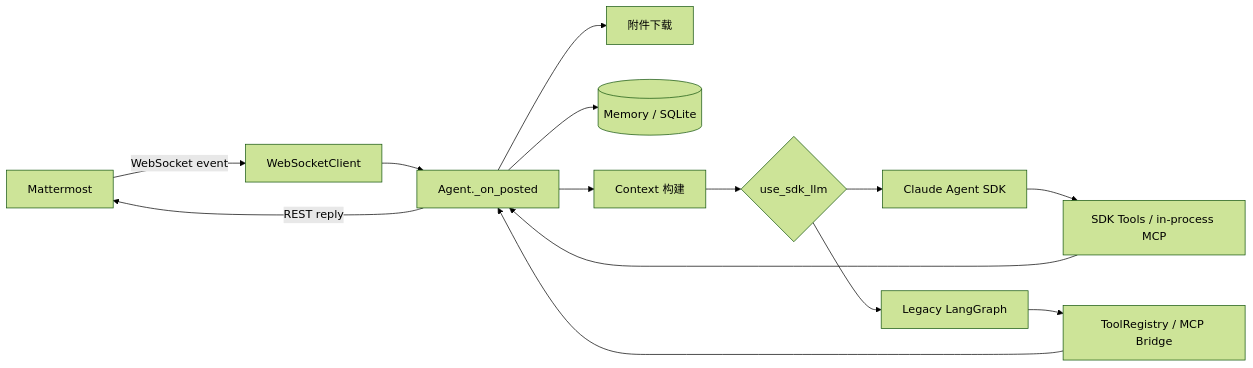
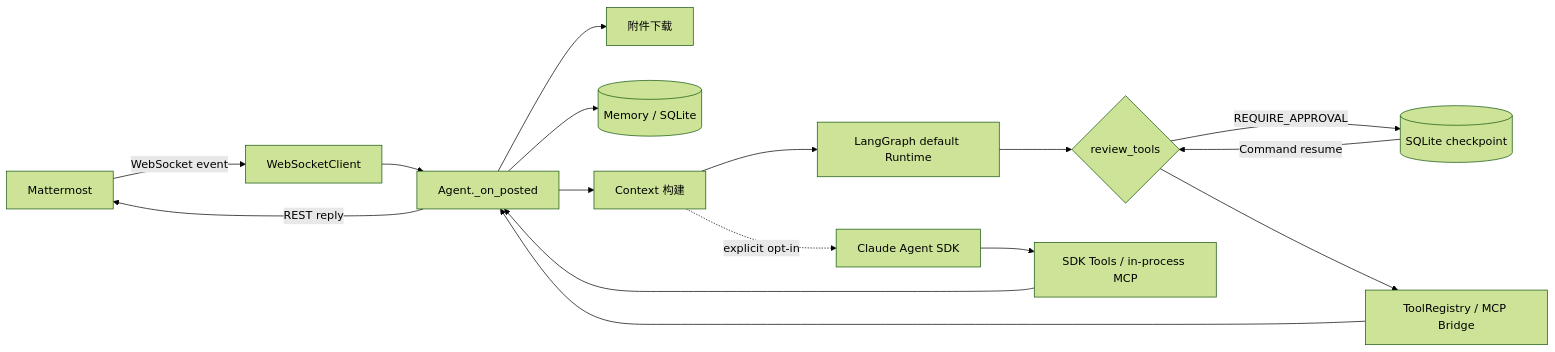
The first of 3 diagrams in docs/AI_NATIVE_REFACTORING.md (gqy20/mmag), drawn with Mermaid (forest theme) before and after one commit. The commit also changed other lines of this file and 32 other files, not shown here.

Commit message:
feat: make LangGraph the durable default runtime

````diff
--- a/docs/AI_NATIVE_REFACTORING.md
+++ b/docs/AI_NATIVE_REFACTORING.md
@@ -112,16 +112,18 @@
 ```mermaid
 flowchart LR
     MM[Mattermost] -->|WebSocket event| WS[WebSocketClient]
     WS --> A[Agent._on_posted]
     A --> ATT[附件下载]
     A --> MEM[(Memory / SQLite)]
     A --> CTX[Context 构建]
-    CTX --> SEL{use_sdk_llm}
-    SEL --> SDK[Claude Agent SDK]
-    SEL --> LG[Legacy LangGraph]
+    CTX --> LG[LangGraph default Runtime]
+    LG --> REVIEW{review_tools}
+    REVIEW -->|REQUIRE_APPROVAL| CP[(SQLite checkpoint)]
+    CP -->|Command resume| REVIEW
+    REVIEW --> REG[ToolRegistry / MCP Bridge]
+    CTX -. explicit opt-in .-> SDK[Claude Agent SDK]
     SDK --> SDKTOOLS[SDK Tools / in-process MCP]
-    LG --> REG[ToolRegistry / MCP Bridge]
     SDKTOOLS --> A
     REG --> A
     A -->|REST reply| MM
 ```
````
